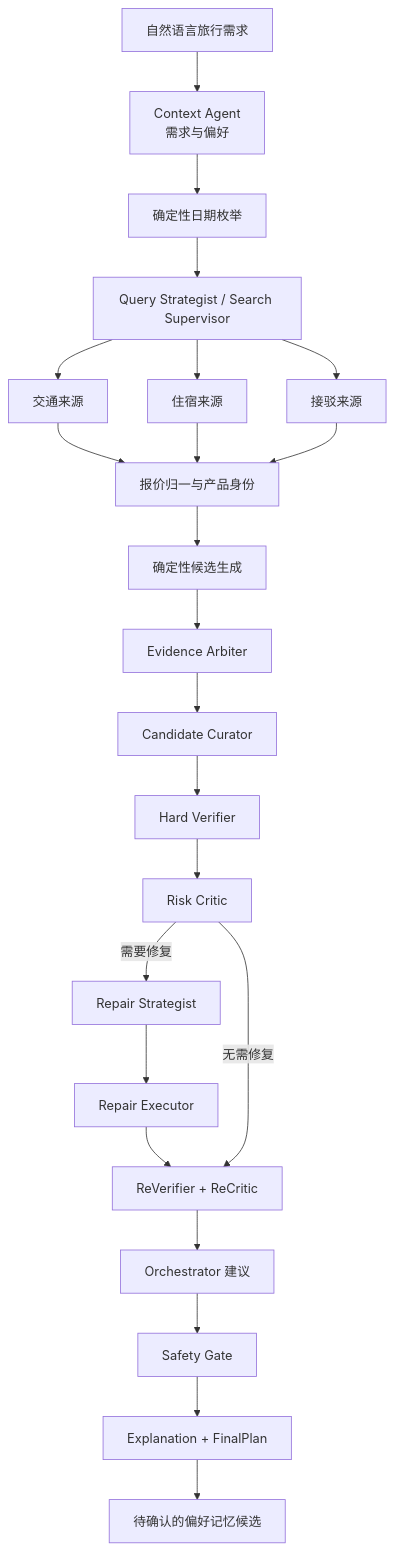
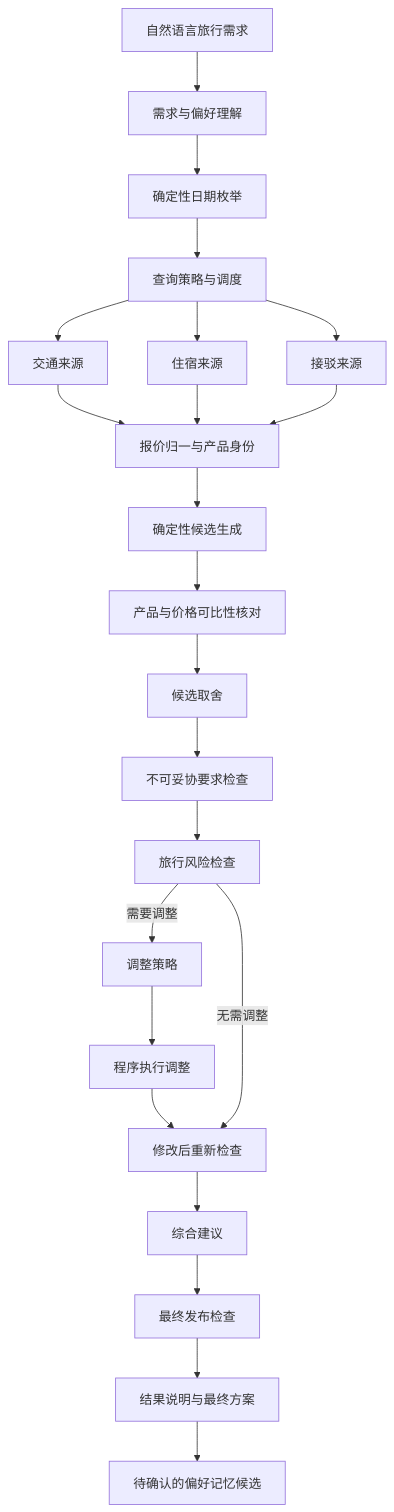
One commit to Oxygen56/TripChord changed the diagram in docs/architecture.md. Above: the diagram before and after it, drawn with Mermaid. The commit also changed other lines of this file and 10 other files, not shown here.

````diff
--- a/docs/architecture.md
+++ b/docs/architecture.md
@@ -41,25 +45,25 @@
 ```mermaid
 flowchart TD
-  U[自然语言旅行需求] --> C[Context Agent\n需求与偏好]
+  U[自然语言旅行需求] --> C[需求与偏好理解]
   C --> D[确定性日期枚举]
-  D --> Q[Query Strategist / Search Supervisor]
+  D --> Q[查询策略与调度]
   Q --> S1[交通来源]
   Q --> S2[住宿来源]
   Q --> S3[接驳来源]
   S1 --> N[报价归一与产品身份]
   S2 --> N
   S3 --> N
   N --> G[确定性候选生成]
-  G --> E[Evidence Arbiter]
-  E --> K[Candidate Curator]
-  K --> H[Hard Verifier]
-  H --> R[Risk Critic]
-  R -->|需要修复| P[Repair Strategist]
-  P --> X[Repair Executor]
-  X --> V[ReVerifier + ReCritic]
-  R -->|无需修复| V
-  V --> O[Orchestrator 建议]
-  O --> F[Safety Gate]
-  F --> L[Explanation + FinalPlan]
+  G --> E[产品与价格可比性核对]
+  E --> K[候选取舍]
+  K --> H[不可妥协要求检查]
+  H --> R[旅行风险检查]
+  R -->|需要调整| P[调整策略]
+  P --> X[程序执行调整]
+  X --> V[修改后重新检查]
+  R -->|无需调整| V
+  V --> O[综合建议]
+  O --> F[最终发布检查]
+  F --> L[结果说明与最终方案]
   L --> M[待确认的偏好记忆候选]
 ```
````
